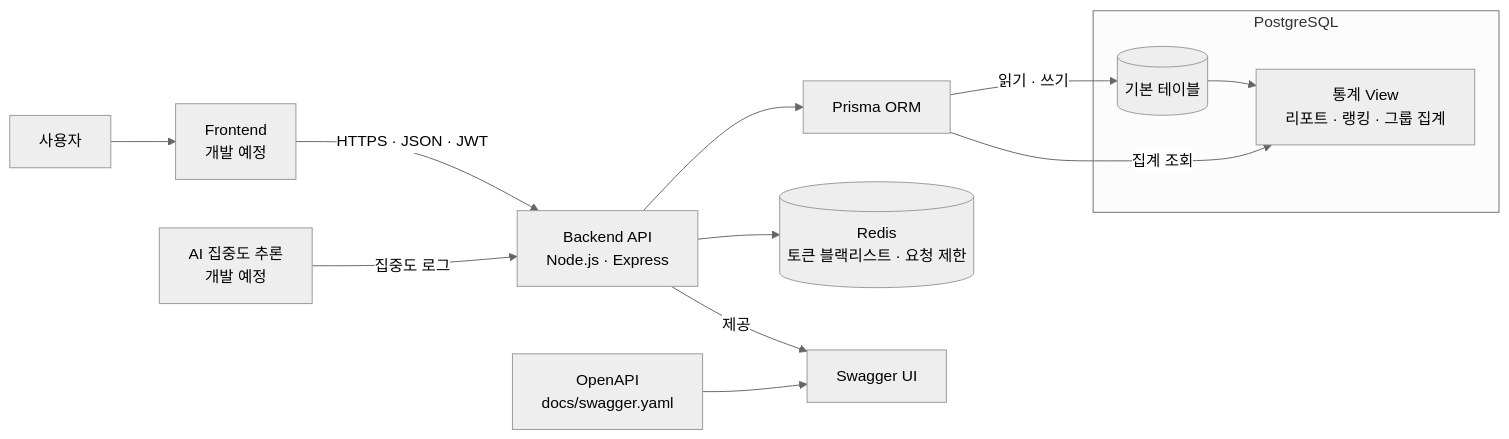
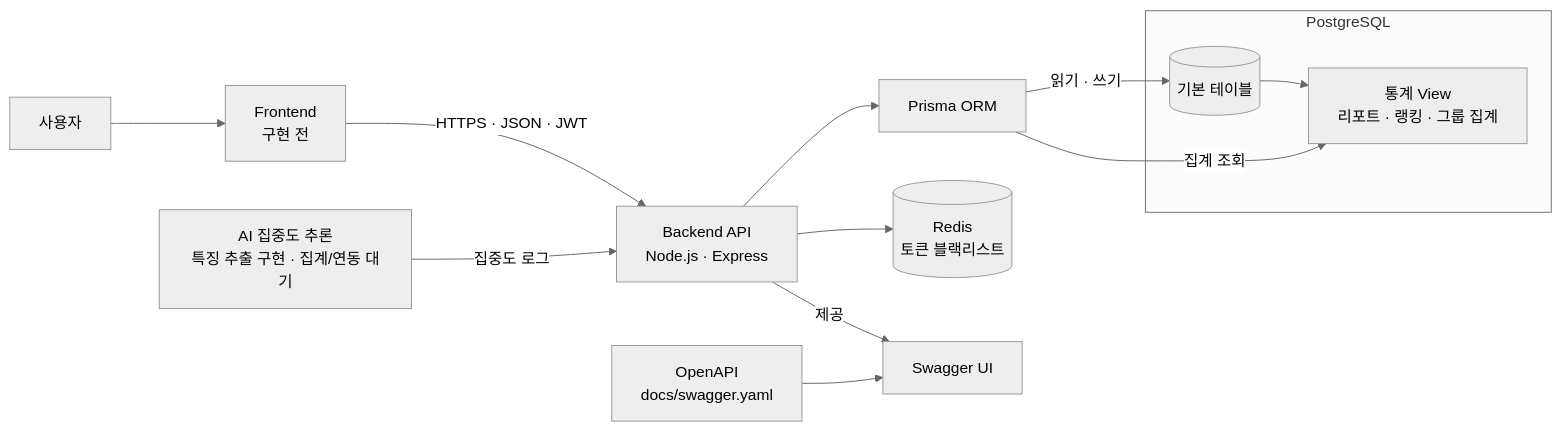
Before and after one commit to hwang-sungjo/focusLens: the diagram in README.md, drawn with Mermaid (neutral theme). The commit also changed other lines of this file and 31 other files, not shown here.

````diff
--- a/README.md
+++ b/README.md
@@ -17,16 +17,16 @@
 ```mermaid
 flowchart LR
-    U[사용자] --> FE["Frontend<br/>개발 예정"]
+    U[사용자] --> FE["Frontend<br/>구현 전"]
     FE -->|HTTPS · JSON · JWT| API["Backend API<br/>Node.js · Express"]
-    AI["AI 집중도 추론<br/>개발 예정"] -->|집중도 로그| API
+    AI["AI 집중도 추론<br/>특징 추출 구현 · 집계/연동 대기"] -->|집중도 로그| API
 
     API --> ORM[Prisma ORM]
     ORM -->|읽기 · 쓰기| TABLES
     ORM -->|집계 조회| VIEW
     subgraph DB[PostgreSQL]
         TABLES[(기본 테이블)] --> VIEW["통계 View<br/>리포트 · 랭킹 · 그룹 집계"]
     end
-    API --> CACHE[("Redis<br/>토큰 블랙리스트 · 요청 제한")]
+    API --> CACHE[("Redis<br/>토큰 블랙리스트")]
     SPEC["OpenAPI<br/>docs/swagger.yaml"] --> SWAGGER[Swagger UI]
     API -->|제공| SWAGGER
 ```
````
